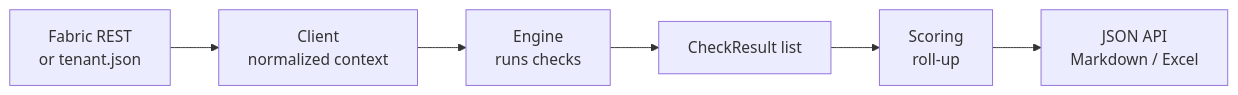
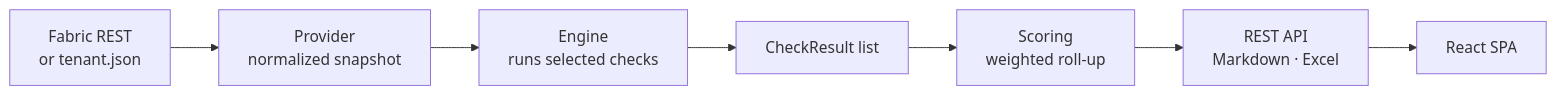
The diagram in docs/README.md (ridamgupta25/Microsoft-Fabric-Well-Architected-Auditor), drawn with Mermaid before and after one commit. The commit also changed other lines of this file and 21 other files, not shown here.

````diff
--- a/docs/README.md
+++ b/docs/README.md
@@ -39,8 +38,9 @@
 ```mermaid
 flowchart LR
-    A[Fabric REST<br/>or tenant.json] --> B[Client<br/>normalized context]
-    B --> C[Engine<br/>runs checks]
+    A[Fabric REST<br/>or tenant.json] --> B[Provider<br/>normalized snapshot]
+    B --> C[Engine<br/>runs selected checks]
     C --> D[CheckResult list]
-    D --> E[Scoring<br/>roll-up]
-    E --> F[JSON API<br/>Markdown / Excel]
+    D --> E[Scoring<br/>weighted roll-up]
+    E --> F[REST API<br/>Markdown · Excel]
+    F --> G[React SPA]
 ```
````
